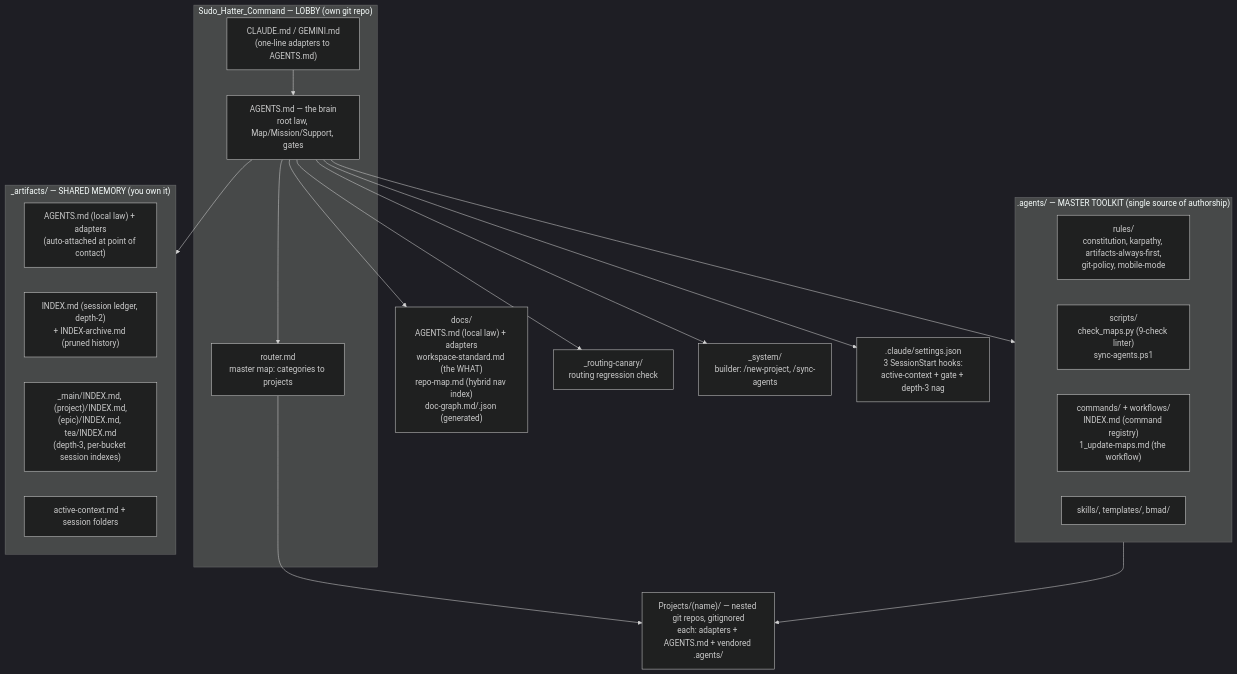
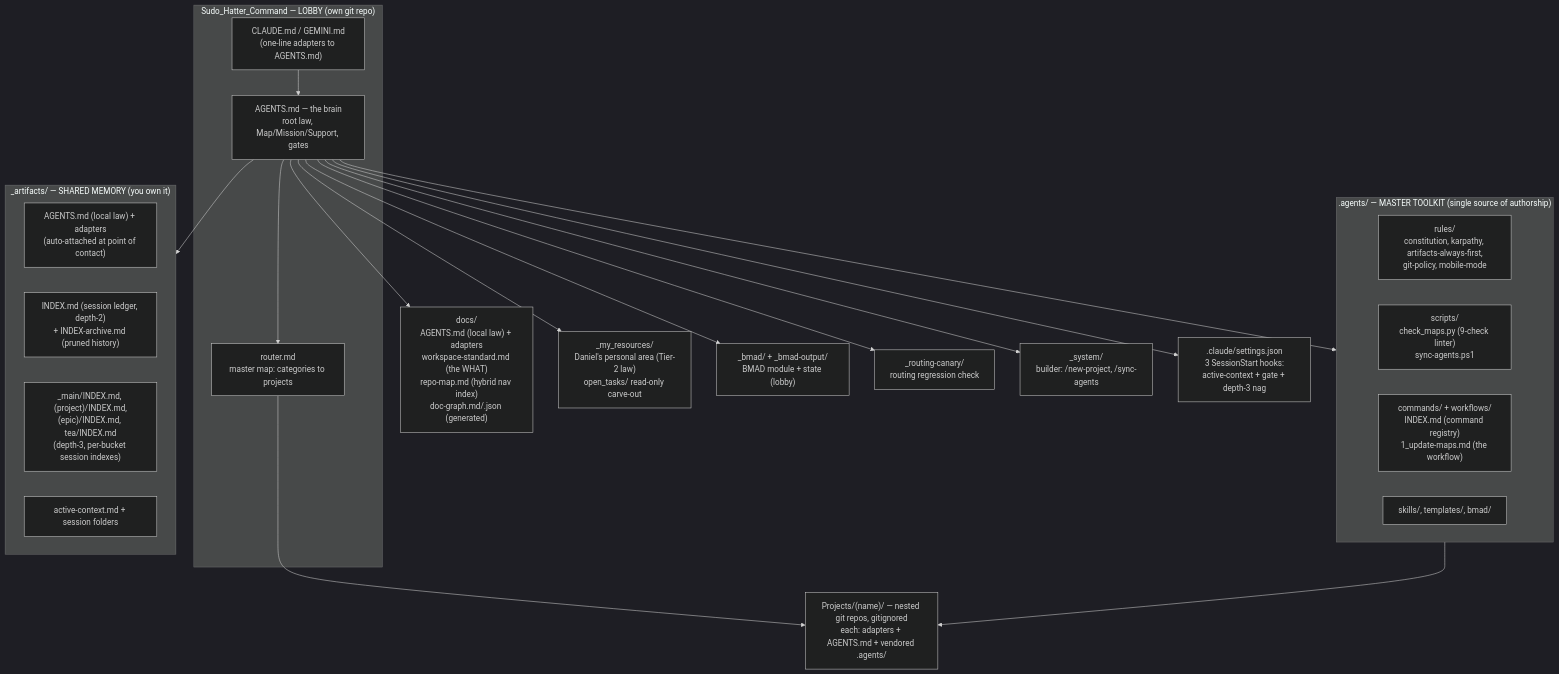
Before and after one commit to sudomadhatter/Sudo_Hatter_Command: the first of 7 diagrams in _my_resources/diagrams_guides/system/file_folder_structure+maintaining.md, drawn with Mermaid (dark theme). The commit also changed other lines of this file and 34 other files, not shown here.

````diff
--- a/_my_resources/diagrams_guides/system/file_folder_structure+maintaining.md
+++ b/_my_resources/diagrams_guides/system/file_folder_structure+maintaining.md
@@ -11,39 +11,43 @@
 ```mermaid
 flowchart TD
     subgraph LOBBY ["Sudo_Hatter_Command — LOBBY (own git repo)"]
         ADP["CLAUDE.md / GEMINI.md\n(one-line adapters to AGENTS.md)"]
         BRAIN["AGENTS.md — the brain\nroot law, Map/Mission/Support, gates"]
         ROUTER["router.md\nmaster map: categories to projects"]
         ADP --> BRAIN
         BRAIN --> ROUTER
     end
 
     subgraph TOOLKIT [".agents/ — MASTER TOOLKIT (single source of authorship)"]
         RULES["rules/\nconstitution, karpathy, artifacts-always-first,\ngit-policy, mobile-mode"]
         SCRIPTS["scripts/\ncheck_maps.py (9-check linter)\nsync-agents.ps1"]
         CMDS["commands/ + workflows/\nINDEX.md (command registry)\n1_update-maps.md (the workflow)"]
         OTHER["skills/, templates/, bmad/"]
     end
 
     subgraph MEM ["_artifacts/ — SHARED MEMORY (you own it)"]
         LAW["AGENTS.md (local law) + adapters\n(auto-attached at point of contact)"]
         INDEX["INDEX.md (session ledger, depth-2)\n+ INDEX-archive.md (pruned history)"]
         DEPTH3["_main/INDEX.md, (project)/INDEX.md,\n(epic)/INDEX.md, tea/INDEX.md\n(depth-3, per-bucket session indexes)"]
         STORE["active-context.md + session folders"]
     end
 
     DOCS["docs/\nAGENTS.md (local law) + adapters\nworkspace-standard.md (the WHAT)\nrepo-map.md (hybrid nav index)\ndoc-graph.md/.json (generated)"]
+    MYRES["_my_resources/\nDaniel's personal area (Tier-2 law)\nopen_tasks/ read-only carve-out"]
+    BMADL["_bmad/ + _bmad-output/\nBMAD module + state (lobby)"]
     CANARY["_routing-canary/\nrouting regression check"]
     SYS["_system/\nbuilder: /new-project, /sync-agents"]
     SETTINGS[".claude/settings.json\n3 SessionStart hooks:\nactive-context + gate + depth-3 nag"]
     PROJ["Projects/(name)/ — nested git repos, gitignored\neach: adapters + AGENTS.md + vendored .agents/"]
 
     BRAIN --> TOOLKIT
     BRAIN --> MEM
     BRAIN --> DOCS
+    BRAIN --> MYRES
+    BRAIN --> BMADL
     BRAIN --> CANARY
     BRAIN --> SYS
     BRAIN --> SETTINGS
     ROUTER --> PROJ
     TOOLKIT --> PROJ
 ```
````
